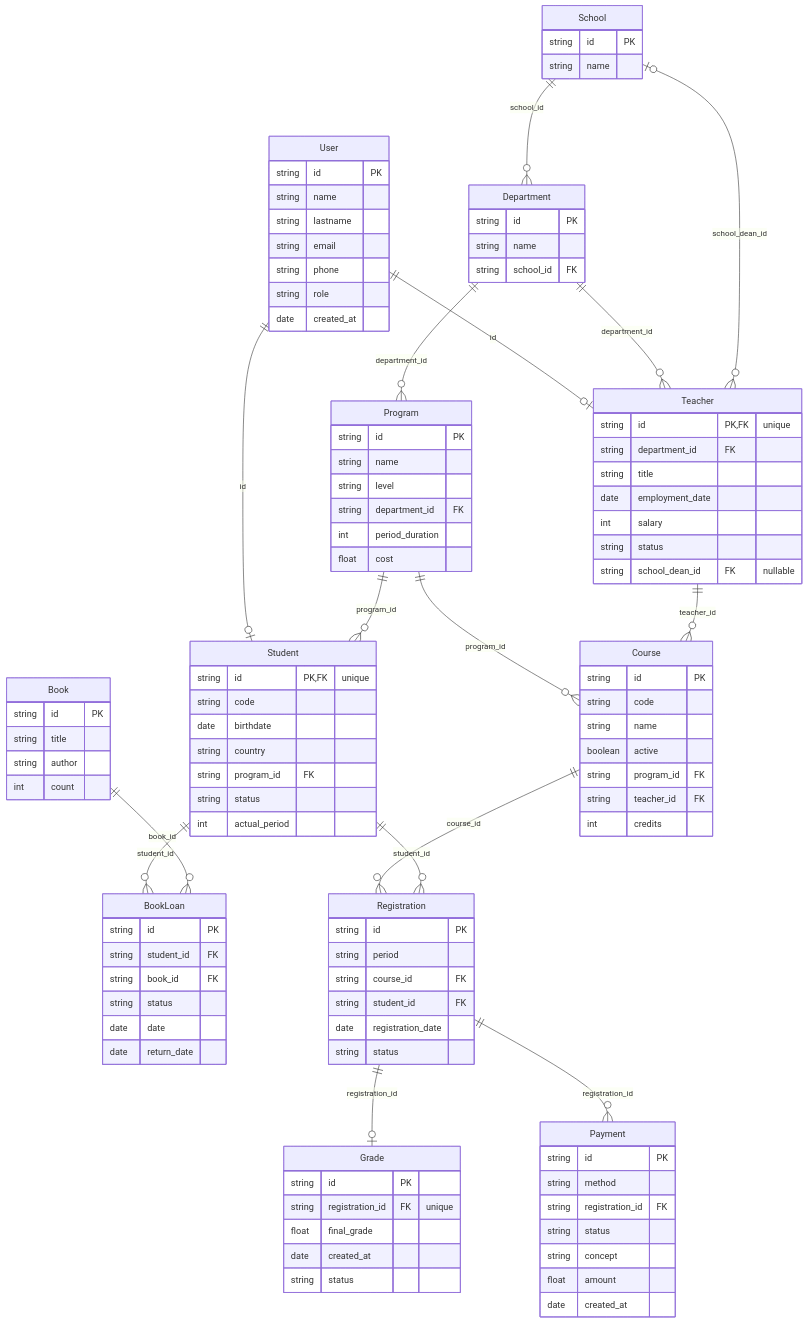
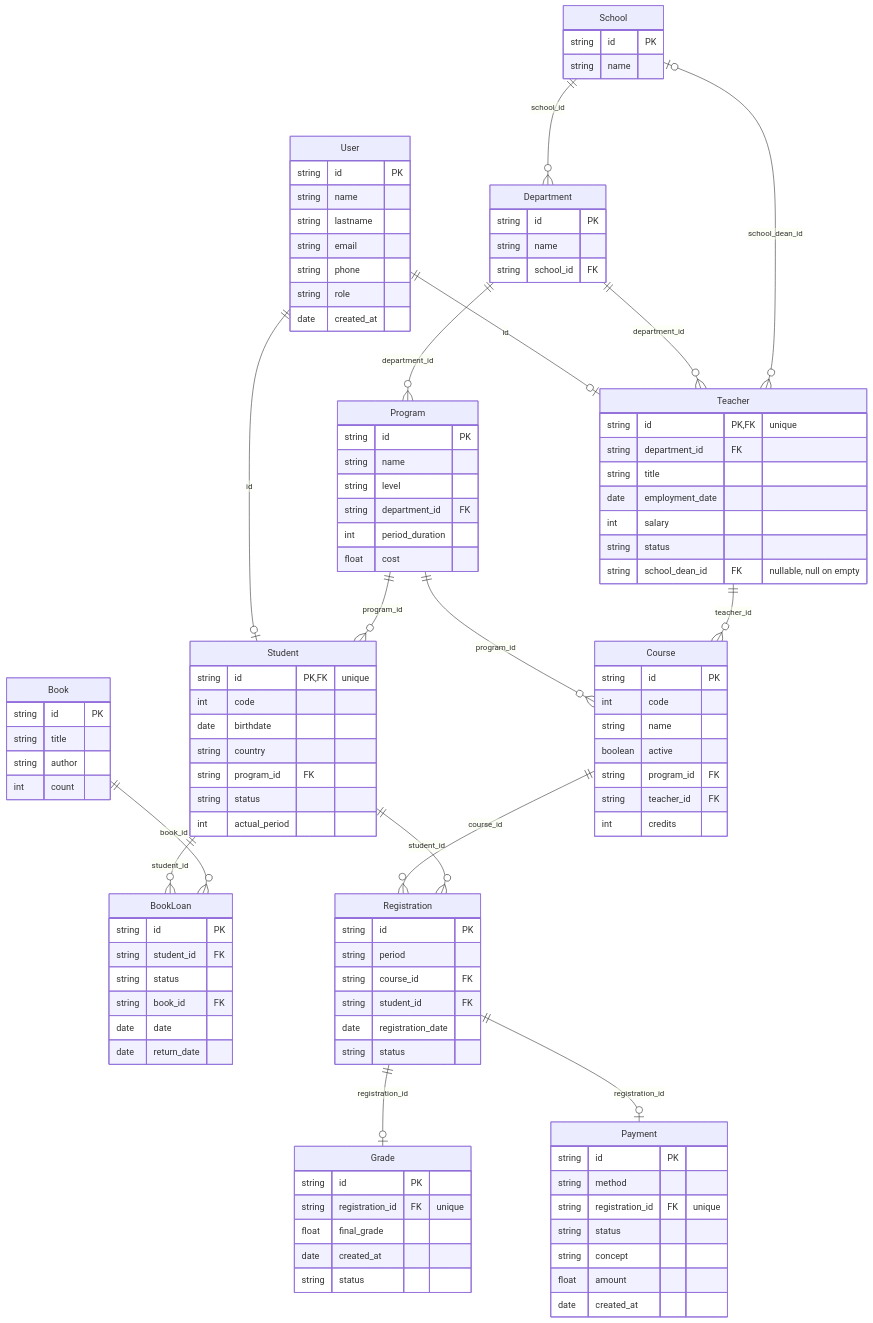
The diagram in test/example-case/university/schema.md (hgomezrobaina/chaca), drawn with Mermaid before and after one commit. The commit also changed other lines of this file and 12 other files, not shown here.

```diff
--- a/test/example-case/university/schema.md
+++ b/test/example-case/university/schema.md
@@ -9,8 +9,8 @@
     BookLoan {
         string id PK
         string student_id FK
+        string status
         string book_id FK
-        string status
         date date
         date return_date
     }
@@ -22,7 +22,7 @@
     }
     Course {
         string id PK
-        string code
+        int code
         string name
         boolean active
         string program_id FK
@@ -44,7 +44,7 @@
     Payment {
         string id PK
         string method
-        string registration_id FK
+        string registration_id FK "unique"
         string status
         string concept
         float amount
@@ -72,7 +72,7 @@
     }
     Student {
         string id PK, FK "unique"
-        string code
+        int code
         date birthdate
         string country
         string program_id FK
@@ -86,7 +86,7 @@
         date employment_date
         int salary
         string status
-        string school_dean_id FK "nullable"
+        string school_dean_id FK "nullable, null on empty"
     }
     User {
         string id PK
@@ -103,7 +103,7 @@
     Teacher ||--o{ Course : teacher_id
     School ||--o{ Department : school_id
     Registration ||--o| Grade : registration_id
-    Registration ||--o{ Payment : registration_id
+    Registration ||--o| Payment : registration_id
     Department ||--o{ Program : department_id
     Course ||--o{ Registration : course_id
     Student ||--o{ Registration : student_id
```
